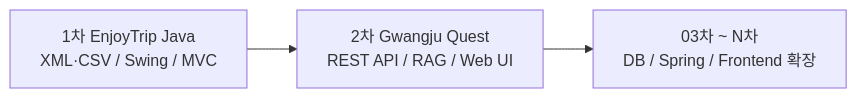
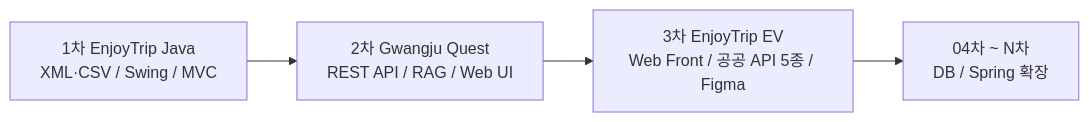
One commit to Jkim1647/SSAFY-16th-Semester-1-Comprehensive-Project changed the diagram in README.md. Above: the diagram before and after it, drawn with Mermaid. The commit also changed other lines of this file and 61 other files, not shown here.

First line of the commit message:
docs: archive third EnjoyTrip EV frontend project

````diff
--- a/README.md
+++ b/README.md
@@ -15,5 +16,6 @@
 ```mermaid
 flowchart LR
     P1[1차 EnjoyTrip Java<br/>XML·CSV / Swing / MVC] --> P2[2차 Gwangju Quest<br/>REST API / RAG / Web UI]
-    P2 --> P3[03차 ~ N차<br/>DB / Spring / Frontend 확장]
+    P2 --> P3[3차 EnjoyTrip EV<br/>Web Front / 공공 API 5종 / Figma]
+    P3 --> P4[04차 ~ N차<br/>DB / Spring 확장]
 ```
````
